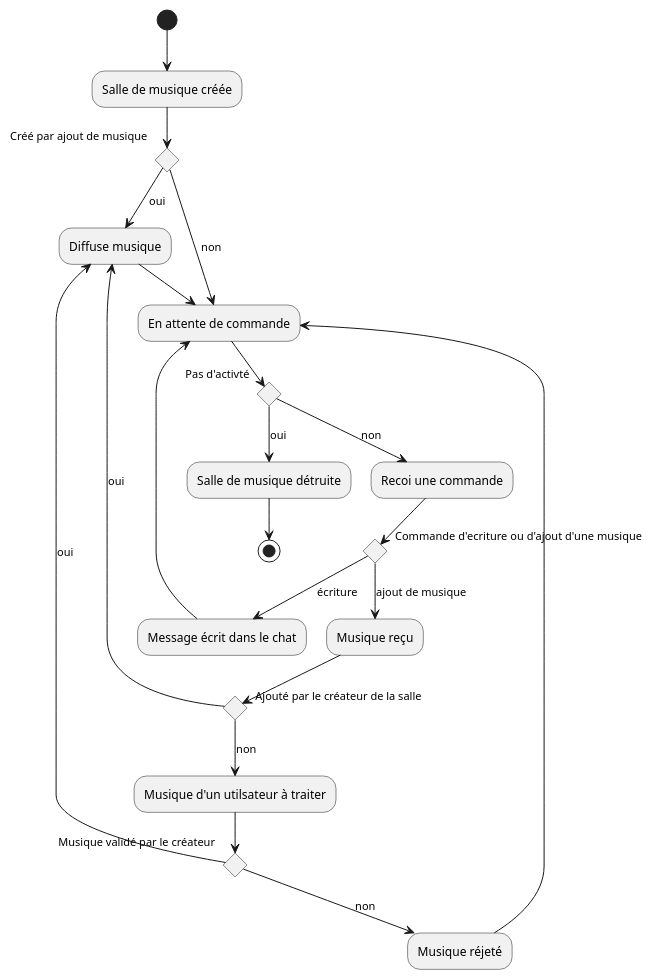
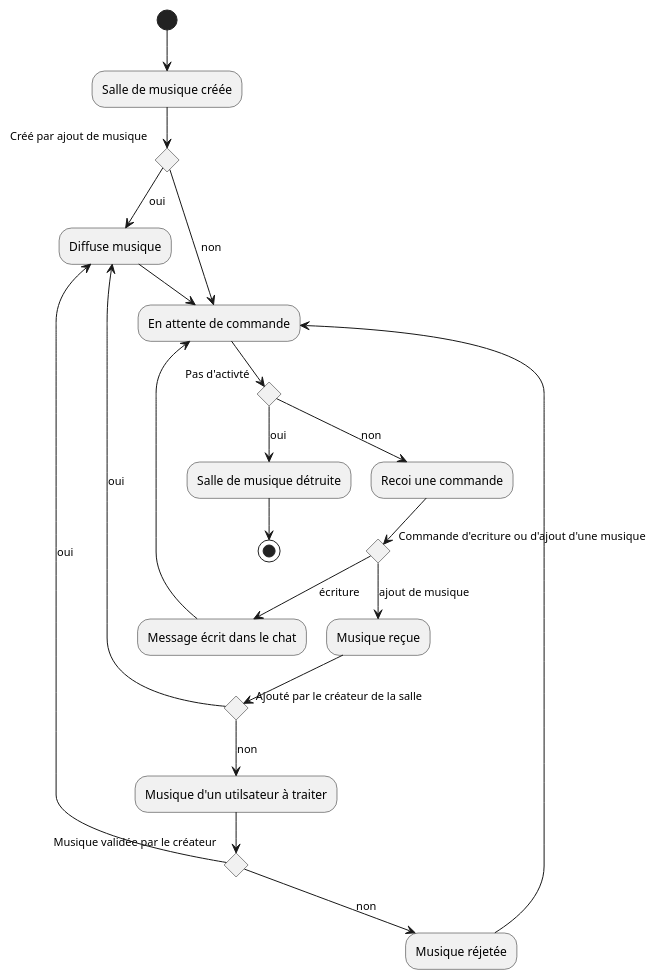
The diagram in ShareMusicProject/activité-salle-de-musique.plantuml (thomasGuibert/Cours-Design), drawn with PlantUML before and after one commit. The commit also changed 3 other files, not shown here.

Commit message:
classe + sequence

```diff
--- a/ShareMusicProject/activité-salle-de-musique.plantuml
+++ b/ShareMusicProject/activité-salle-de-musique.plantuml
@@ -1,36 +1,36 @@
 @startuml activité-salle-de-musique
 
 (*) --> "Salle de musique créée"
 if "Créé par ajout de musique" then
 --> [oui] "Diffuse musique"
 else
 --> [non] "En attente de commande"
 endif
 
 if "Pas d'activté" then
     --> [oui] "Salle de musique détruite"
 else
     --> [non] "Recoi une commande"
 endif
 
 if "Commande d'ecriture ou d'ajout d'une musique" then
-    --> [ajout de musique] "Musique reçu"
+    --> [ajout de musique] "Musique reçue"
     if "Ajouté par le créateur de la salle" then
         --> [oui] "Diffuse musique"
     else
         --> [non] "Musique d'un utilsateur à traiter"
-        if "Musique validé par le créateur" then
+        if "Musique validée par le créateur" then
             --> [oui] "Diffuse musique"
             --> "En attente de commande"
         else
-            --> [non] "Musique réjeté"
+            --> [non] "Musique réjetée"
             --> "En attente de commande"
         endif
     endif
 else
     --> [écriture] "Message écrit dans le chat"
     --> "En attente de commande"
 endif
 
 "Salle de musique détruite" --> (*)
 @enduml
```
